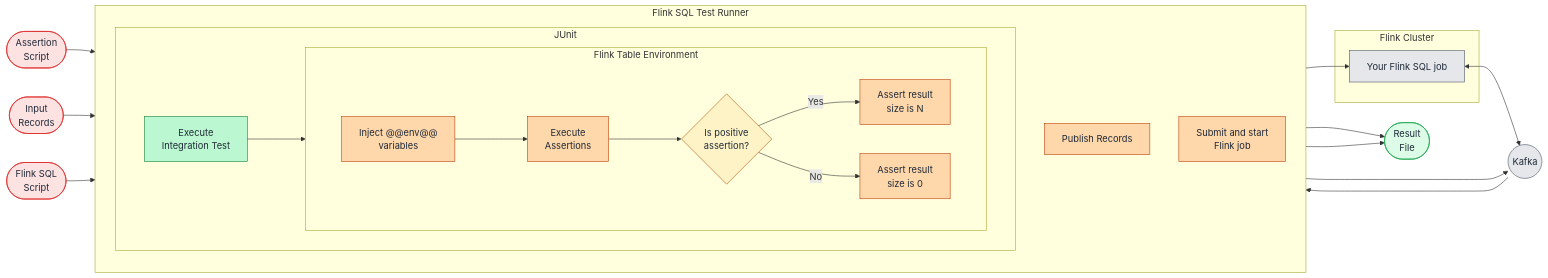
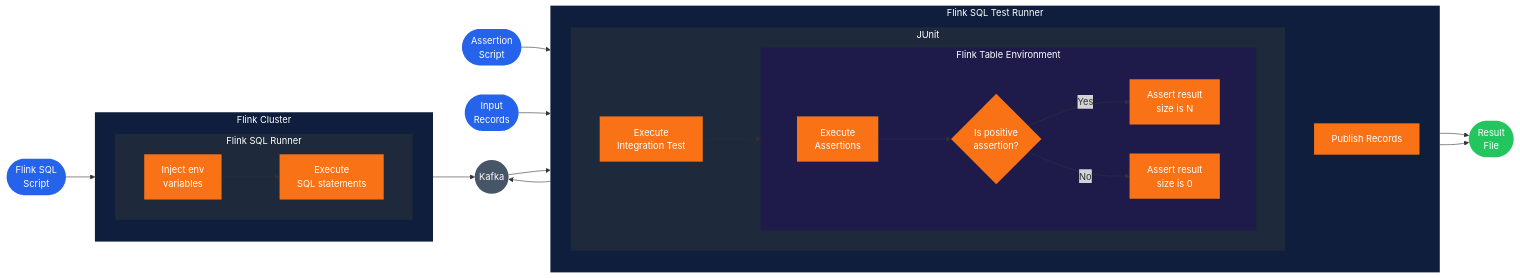
One commit to acosom/flink-sql-assert-runner changed the second of 2 diagrams in README.md. Above: the diagram before and after it, drawn with Mermaid. The commit also changed other lines of this file, not shown here.

Commit message:
Restyled Mermaid diagrams: saturated banner colors, no strokes, removed shadows via themeCSS, restructured integration diagram to match reference

````diff
--- a/README.md
+++ b/README.md
@@ -152,55 +158,66 @@
 ```mermaid
+%%{init: {'themeCSS': '.node, .node *, .cluster, .cluster * { filter: none !important; box-shadow: none !important; }'}}%%
 flowchart LR
     ASRT(["Assertion<br/>Script"])
     INPUT(["Input<br/>Records"])
     SQL(["Flink SQL<br/>Script"])
     RESULT(["Result<br/>File"])
     KAFKA(("Kafka"))
 
     subgraph RUNNER ["Flink SQL Test Runner"]
         direction TB
         subgraph JUNIT ["JUnit"]
             direction LR
             EXEC["Execute<br/>Integration Test"]
             subgraph TENV ["Flink Table Environment"]
                 direction LR
-                INJECT["Inject @@env@@<br/>variables"]
                 RUN_ASRT["Execute<br/>Assertions"]
                 MODE{"Is positive<br/>assertion?"}
                 YES["Assert result<br/>size is N"]
                 NO["Assert result<br/>size is 0"]
-                INJECT --> RUN_ASRT --> MODE
+                RUN_ASRT --> MODE
                 MODE -->|Yes| YES
                 MODE -->|No| NO
             end
-            EXEC --> TENV
+            EXEC --> RUN_ASRT
         end
         PUBLISH["Publish Records"]
-        SUBMIT["Submit and start<br/>Flink job"]
     end
 
     subgraph CLUSTER ["Flink Cluster"]
-        JOB["Your Flink SQL job"]
+        direction TB
+        subgraph FLINK_RUNNER ["Flink SQL Runner"]
+            direction LR
+            INJECT["Inject env<br/>variables"]
+            EXEC_SQL["Execute<br/>SQL statements"]
+            INJECT --> EXEC_SQL
+        end
     end
 
     ASRT --> EXEC
     INPUT --> PUBLISH --> KAFKA
-    SQL --> SUBMIT --> JOB
-    JOB <--> KAFKA
+    SQL --> INJECT
+    EXEC_SQL --> KAFKA
     KAFKA --> RUN_ASRT
     YES --> RESULT
     NO --> RESULT
 
-    classDef input fill:#fde2e2,stroke:#dc2626,color:#1f2937;
-    classDef output fill:#dcfce7,stroke:#16a34a,color:#1f2937;
-    classDef action fill:#fed7aa,stroke:#c2410c,color:#1f2937;
-    classDef pivot fill:#bbf7d0,stroke:#15803d,color:#1f2937;
-    classDef external fill:#e5e7eb,stroke:#4b5563,color:#1f2937;
-    classDef decision fill:#fef3c7,stroke:#b45309,color:#1f2937;
+    classDef input fill:#2563eb,color:#ffffff,stroke-width:0px;
+    classDef output fill:#22c55e,color:#ffffff,stroke-width:0px;
+    classDef action fill:#f97316,color:#ffffff,stroke-width:0px;
+    classDef pivot fill:#f97316,color:#ffffff,stroke-width:0px;
+    classDef external fill:#475569,color:#ffffff,stroke-width:0px;
+    classDef decision fill:#f97316,color:#ffffff,stroke-width:0px;
     class ASRT,INPUT,SQL input;
     class RESULT output;
-    class PUBLISH,SUBMIT,INJECT,RUN_ASRT,YES,NO action;
+    class PUBLISH,INJECT,EXEC_SQL,RUN_ASRT,YES,NO action;
     class EXEC pivot;
-    class KAFKA,JOB external;
+    class KAFKA external;
     class MODE decision;
+
+    style RUNNER fill:#0f1e3d,color:#ffffff,stroke-width:0px;
+    style JUNIT fill:#1e293b,color:#ffffff,stroke-width:0px;
+    style TENV fill:#1e1b4b,color:#ffffff,stroke-width:0px;
+    style CLUSTER fill:#0f1e3d,color:#ffffff,stroke-width:0px;
+    style FLINK_RUNNER fill:#1e293b,color:#ffffff,stroke-width:0px;
 ```
````
